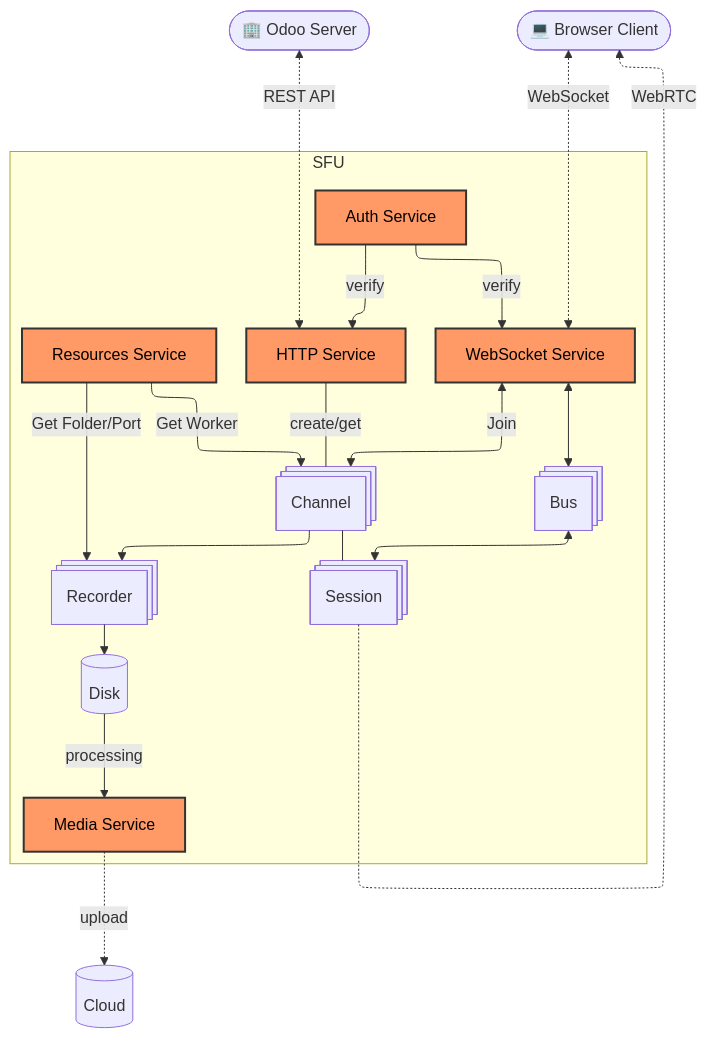
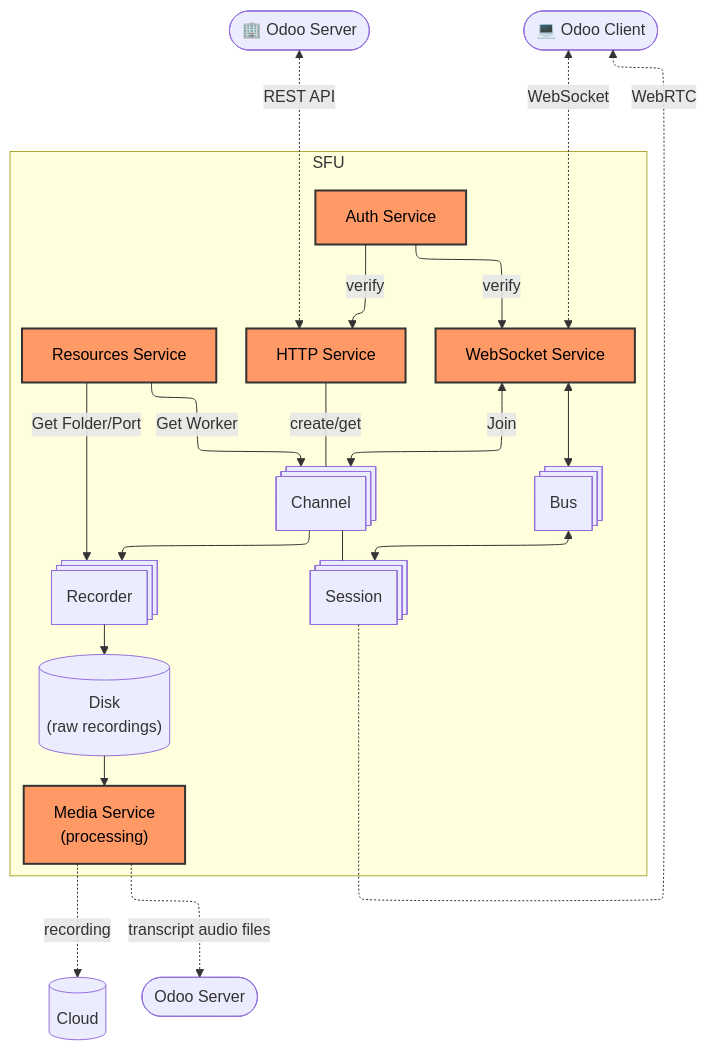
One commit to odoo/sfu changed the first of 2 diagrams in src/services/README.md. Above: the diagram before and after it, drawn with Mermaid. The commit also changed 4 other files, not shown here.

````diff
--- a/src/services/README.md
+++ b/src/services/README.md
@@ -7,48 +7,50 @@
 ```mermaid
 ---
 config:
   layout: elk
 ---
 flowchart TB
  subgraph s1["SFU"]
         HTTP["HTTP Service"]
         WS["WebSocket Service"]
         Auth["Auth Service"]
         Bus["Bus"]
         Channel["Channel"]
         Resources["Resources Service"]
         Recorder["Recorder"]
-        Media["Media Service"]
+        Media["Media Service<br>(processing)"]
         Session["Session"]
-        Disk
+        Disk["Disk<br>(raw recordings)"]
   end
+    C1["Cloud"]
     Server(["🏢 Odoo Server"]) <-. REST API ...-> HTTP
-    Client(["💻 Browser Client"]) <-. WebSocket ...-> WS
+    Client(["💻 Odoo Client"]) <-. WebSocket ...-> WS
     Auth -- verify --> HTTP & WS
     WS <--> Bus
     Bus <--> Session
     Resources -- Get Worker ---> Channel
     Resources -- Get Folder/Port ---> Recorder
     HTTP -- create/get ---- Channel
     WS <-- Join ---> Channel
     Channel --- Session
     Channel ---> Recorder
     Recorder ---> Disk
-    Media -.-> |upload| Cloud
-    Disk --->|processing| Media
+    Media -.->|recording| C1
+    Media -.->|transcript audio files| S2(["Odoo Server"])
+    Disk ---> Media
     Session -.->|WebRTC| Client
     
 
     Bus@{shape: procs}
     Channel@{shape: procs}
     Recorder@{shape: procs}
     Session@{shape: procs}
     Disk@{shape: cyl}
-    Cloud@{shape: cyl}
+    C1@{shape: cyl}
     HTTP:::service
     WS:::service
     Auth:::service
     Media:::service
     Resources:::service
     classDef service fill:#f96,stroke:#333,stroke-width:2px,color:#000
 ```
````
